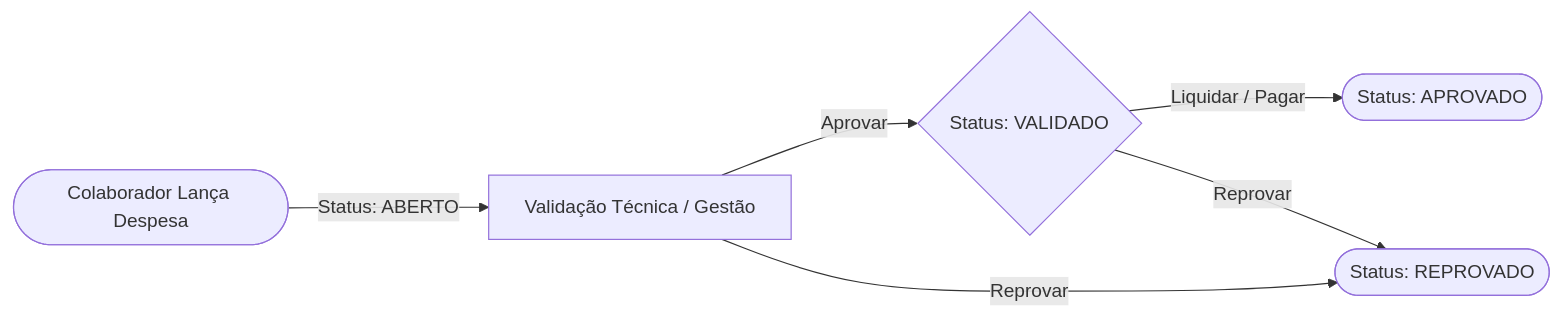
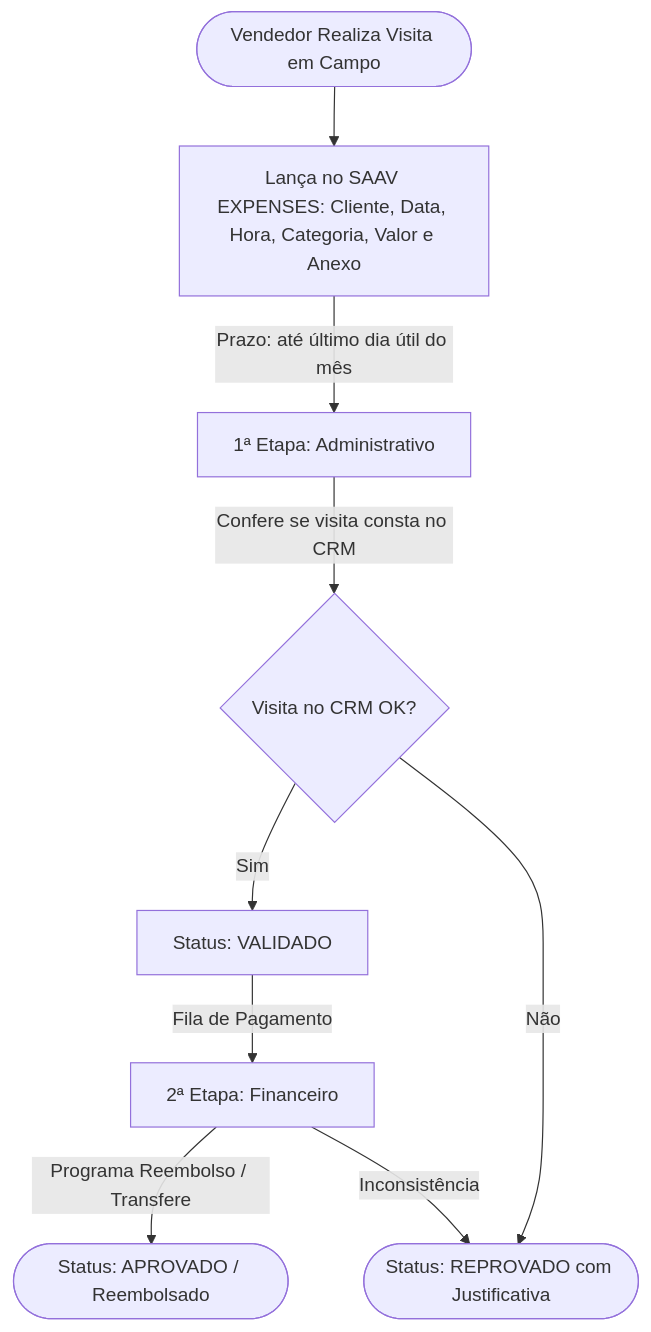
The diagram in README.md (suportesaav-web/portal_despesas_saavedra), drawn with Mermaid before and after one commit. The commit also changed other lines of this file and 8 other files, not shown here.

Commit message:
feat: implementa fluxo oficial de visitas CRM, categorias 2.3 a 2.10 e prazo do mes

````diff
--- a/README.md
+++ b/README.md
@@ -83,8 +83,11 @@
 ```mermaid
-flowchart LR
-    A([Colaborador Lança Despesa]) -->|Status: ABERTO| B[Validação Técnica / Gestão]
-    B -->|Aprovar| C{Status: VALIDADO}
-    B -->|Reprovar| R([Status: REPROVADO])
-    C -->|Liquidar / Pagar| D([Status: APROVADO])
-    C -->|Reprovar| R
+flowchart TD
+    A([Vendedor Realiza Visita em Campo]) --> B[Lança no SAAV EXPENSES: Cliente, Data, Hora, Categoria, Valor e Anexo]
+    B -->|Prazo: até último dia útil do mês| C[1ª Etapa: Administrativo]
+    C -->|Confere se visita consta no CRM| D{Visita no CRM OK?}
+    D -->|Sim| E[Status: VALIDADO]
+    D -->|Não| R([Status: REPROVADO com Justificativa])
+    E -->|Fila de Pagamento| F[2ª Etapa: Financeiro]
+    F -->|Programa Reembolso / Transfere| G([Status: APROVADO / Reembolsado])
+    F -->|Inconsistência| R
 ```
````
